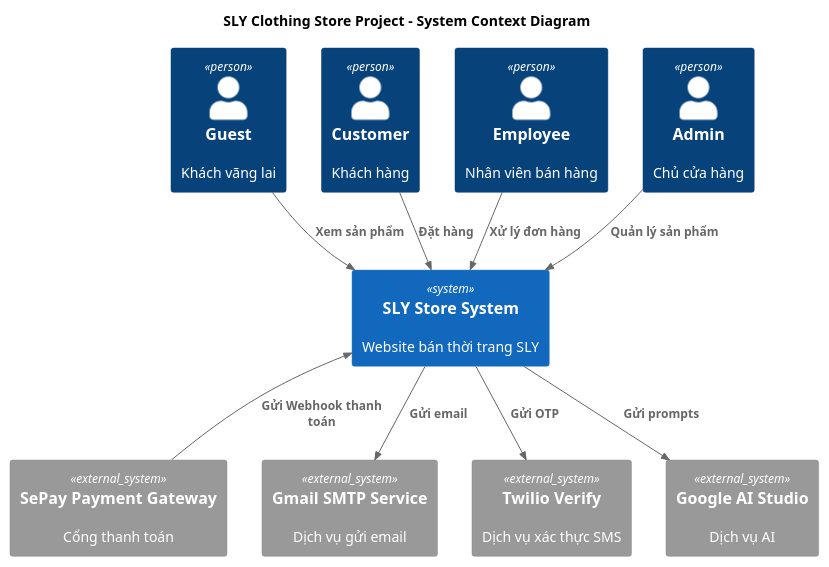
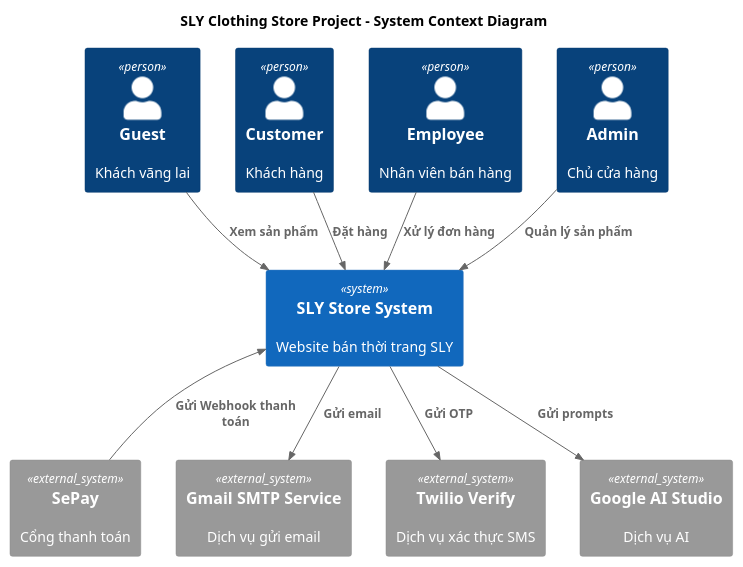
The diagram in .docs/C4Model-System-Context.puml (ptus04/store-project), drawn with PlantUML before and after one commit. The commit also changed 4 other files, not shown here.

```diff
--- a/.docs/C4Model-System-Context.puml
+++ b/.docs/C4Model-System-Context.puml
@@ -1,25 +1,25 @@
 @startuml
 !include <C4/C4_Container>
 
 title SLY Clothing Store Project - System Context Diagram
 
 Person(guest, "Guest", "Khách vãng lai")
 Person(customer, "Customer", "Khách hàng")
 Person(employee, "Employee", "Nhân viên bán hàng")
 Person(admin, "Admin", "Chủ cửa hàng")
 
 System(storeSystem, "SLY Store System", "Website bán thời trang SLY")
-System_Ext(sepay, "SePay Payment Gateway", "Cổng thanh toán")
+System_Ext(sepay, "SePay", "Cổng thanh toán")
 System_Ext(gmail, "Gmail SMTP Service", "Dịch vụ gửi email")
 System_Ext(twilio, "Twilio Verify", "Dịch vụ xác thực SMS")
 System_Ext(googleAi, "Google AI Studio", "Dịch vụ AI")
 
 Rel(guest, storeSystem, "Xem sản phẩm")
 Rel(customer, storeSystem, "Đặt hàng")
 Rel(employee, storeSystem, "Xử lý đơn hàng")
 Rel(admin, storeSystem, "Quản lý sản phẩm")
 Rel_U(sepay, storeSystem, "Gửi Webhook thanh toán")
 Rel(storeSystem, gmail, "Gửi email")
 Rel(storeSystem, twilio, "Gửi OTP")
 Rel(storeSystem, googleAi, "Gửi prompts")
 @enduml
```
